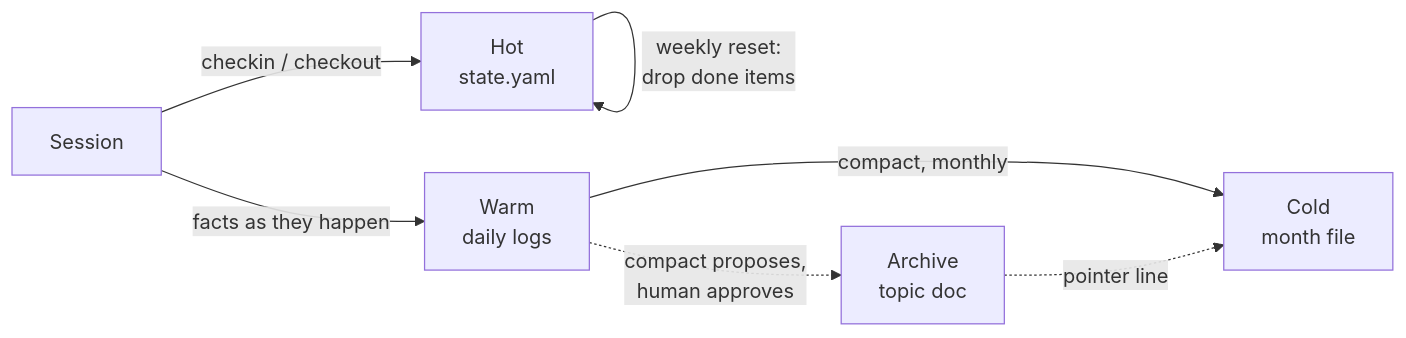
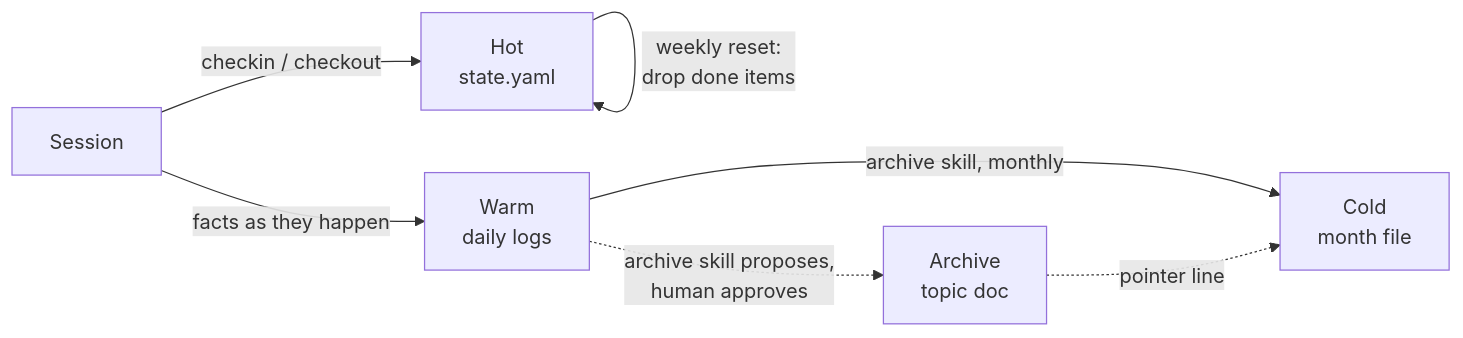
The diagram in docs/memory-model.md (JeannieFallon/overwatch), drawn with Mermaid before and after one commit. The commit also changed other lines of this file and 5 other files, not shown here.

Commit message:
rename archive skill

````diff
--- a/docs/memory-model.md
+++ b/docs/memory-model.md
@@ -97,9 +97,9 @@
 ```mermaid
 flowchart LR
     S[Session] -->|checkin / checkout| H[Hot<br/>state.yaml]
     S -->|facts as they happen| W[Warm<br/>daily logs]
     H -->|weekly reset:<br/>drop done items| H
-    W -->|compact, monthly| C[Cold<br/>month file]
-    W -.->|compact proposes,<br/>human approves| A[Archive<br/>topic doc]
+    W -->|archive skill, monthly| C[Cold<br/>month file]
+    W -.->|archive skill proposes,<br/>human approves| A[Archive<br/>topic doc]
     A -.->|pointer line| C
 ```
````
